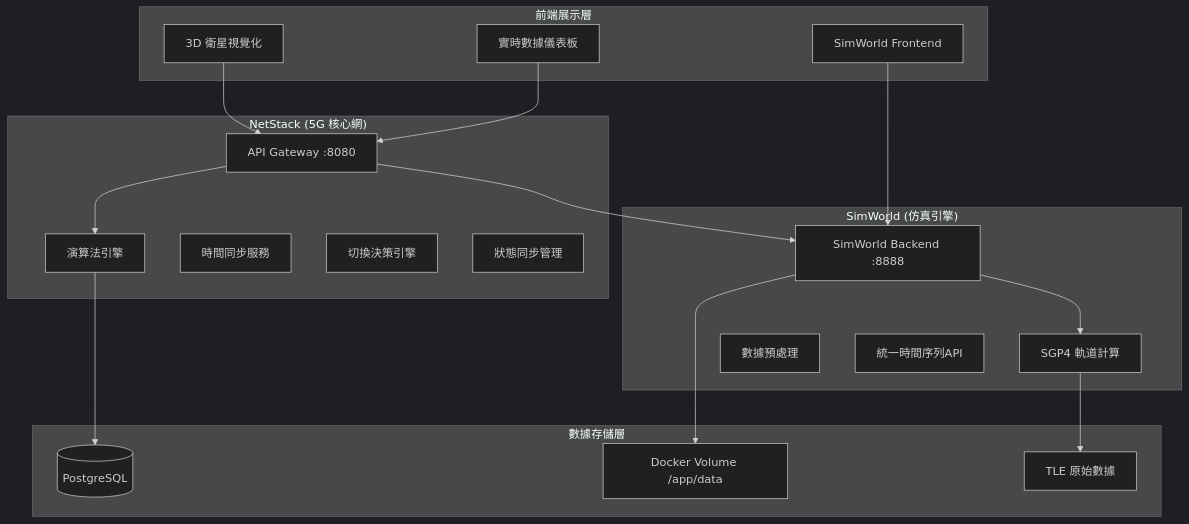
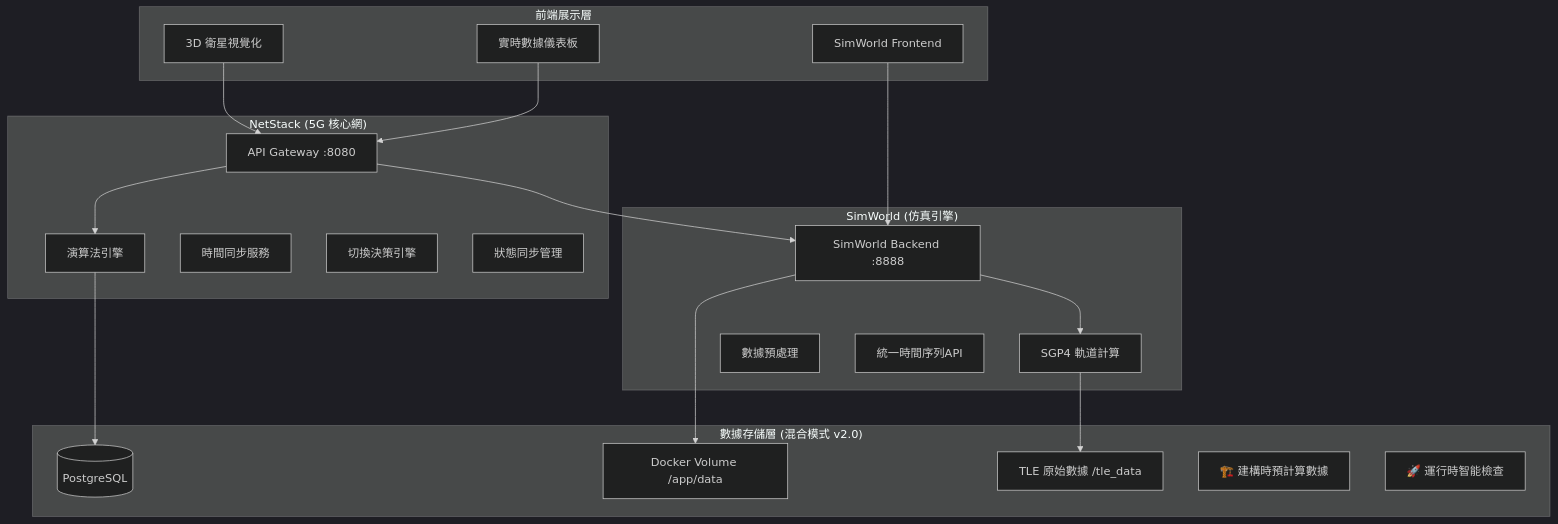
Before and after one commit to cedarwud/ntn-stack: the first of 2 diagrams in docs/system_architecture.md, drawn with Mermaid (dark theme). The commit also changed other lines of this file and 7 other files, not shown here.

````diff
--- a/docs/system_architecture.md
+++ b/docs/system_architecture.md
@@ -13,39 +14,41 @@
 ```mermaid
 graph TB
     subgraph "前端展示層"
         F1[SimWorld Frontend]
         F2[3D 衛星視覺化]
         F3[實時數據儀表板]
     end
     
     subgraph "NetStack (5G 核心網)"
         N1[API Gateway :8080]
         N2[演算法引擎]
         N3[時間同步服務]
         N4[切換決策引擎]
         N5[狀態同步管理]
     end
     
     subgraph "SimWorld (仿真引擎)"
         S1[SimWorld Backend :8888]
         S2[SGP4 軌道計算]
         S3[數據預處理]
         S4[統一時間序列API]
     end
     
-    subgraph "數據存儲層"
+    subgraph "數據存儲層 (混合模式 v2.0)"
         D1[(PostgreSQL)]
         D2[Docker Volume /app/data]
-        D3[TLE 原始數據]
+        D3[TLE 原始數據 /tle_data]
+        D4[🏗️ 建構時預計算數據]
+        D5[🚀 運行時智能檢查]
     end
     
     F1 --> S1
     F2 --> N1
     F3 --> N1
     N1 --> N2
     N1 --> S1
     S1 --> S2
     S1 --> D2
     N2 --> D1
     S2 --> D3
 ```
````
